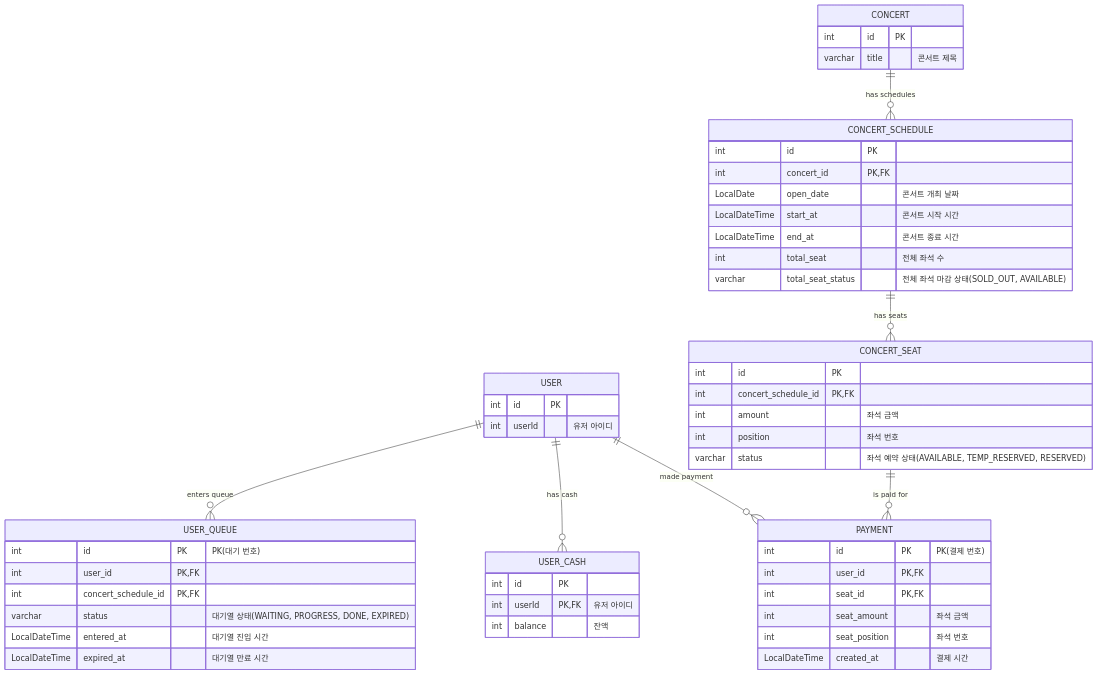
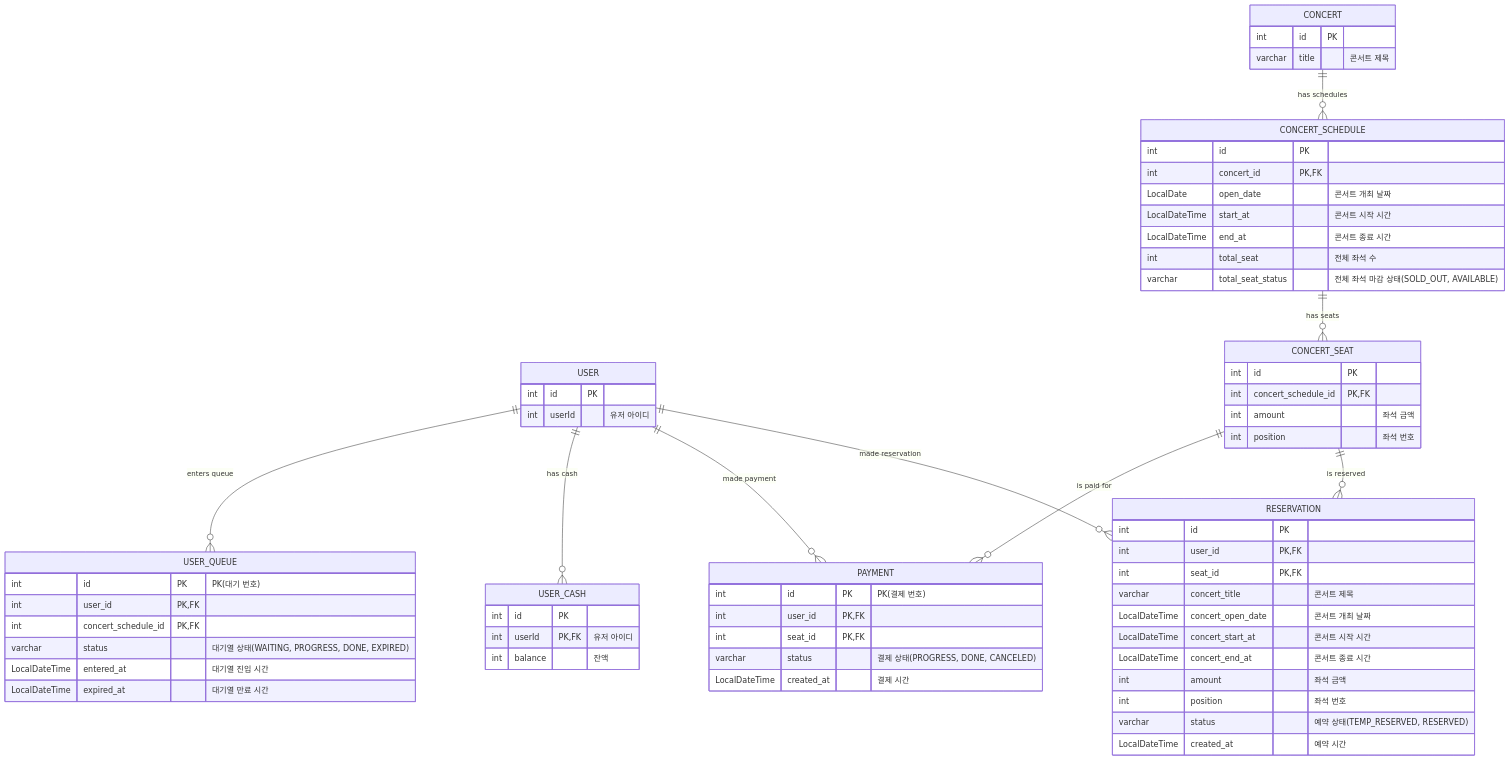
Before and after one commit to jikimee64/hhplus-concert: the diagram in docs/erd.md, drawn with Mermaid.

Commit message:
docs: ERD 수정

````diff
--- a/docs/erd.md
+++ b/docs/erd.md
@@ -4,61 +4,75 @@
 ```mermaid
 erDiagram
     USER_CASH {
         int id PK
         int userId PK,FK "유저 아이디"
         int balance "잔액"
     }
 
     USER {
         int id PK
         int userId "유저 아이디"
     }
 
     USER_QUEUE {
         int id PK "PK(대기 번호)"
         int user_id PK, FK
         int concert_schedule_id PK, FK
         varchar status "대기열 상태(WAITING, PROGRESS, DONE, EXPIRED)"
         LocalDateTime entered_at "대기열 진입 시간"
         LocalDateTime expired_at "대기열 만료 시간"
     }
 
     PAYMENT {
         int id PK "PK(결제 번호)"
         int user_id PK, FK
         int seat_id PK, FK
-        int seat_amount "좌석 금액"
-        int seat_position "좌석 번호"
+        varchar status "결제 상태(PROGRESS, DONE, CANCELED)"
         LocalDateTime created_at "결제 시간"
     }
 
     CONCERT {
         int id PK
         varchar title "콘서트 제목"
     }
 
     CONCERT_SCHEDULE {
         int id PK
         int concert_id PK, FK
         LocalDate open_date "콘서트 개최 날짜"
         LocalDateTime start_at "콘서트 시작 시간"
         LocalDateTime end_at "콘서트 종료 시간"
         int total_seat "전체 좌석 수"
         varchar total_seat_status "전체 좌석 마감 상태(SOLD_OUT, AVAILABLE)"
     }
 
     CONCERT_SEAT {
         int id PK
         int concert_schedule_id PK, FK
         int amount "좌석 금액"
         int position "좌석 번호"
-        varchar status "좌석 예약 상태(AVAILABLE, TEMP_RESERVED, RESERVED)"
+    }
+
+    RESERVATION {
+        int id PK
+        int user_id PK, FK
+        int seat_id PK, FK
+        varchar concert_title "콘서트 제목"
+        LocalDateTime concert_open_date "콘서트 개최 날짜"
+        LocalDateTime concert_start_at "콘서트 시작 시간"
+        LocalDateTime concert_end_at "콘서트 종료 시간"
+        int amount "좌석 금액"
+        int position "좌석 번호"
+        varchar status "예약 상태(TEMP_RESERVED, RESERVED)"
+        LocalDateTime created_at "예약 시간"
     }
 
     CONCERT ||--o{ CONCERT_SCHEDULE: "has schedules"
     CONCERT_SCHEDULE ||--o{ CONCERT_SEAT: "has seats"
     USER ||--o{ USER_QUEUE: "enters queue"
     USER ||--o{ USER_CASH: "has cash"
     USER ||--o{ PAYMENT: "made payment"
     CONCERT_SEAT ||--o{ PAYMENT: "is paid for"
+    USER ||--o{ RESERVATION: "made reservation"
+    CONCERT_SEAT ||--o{ RESERVATION: "is reserved"
 ```
````
